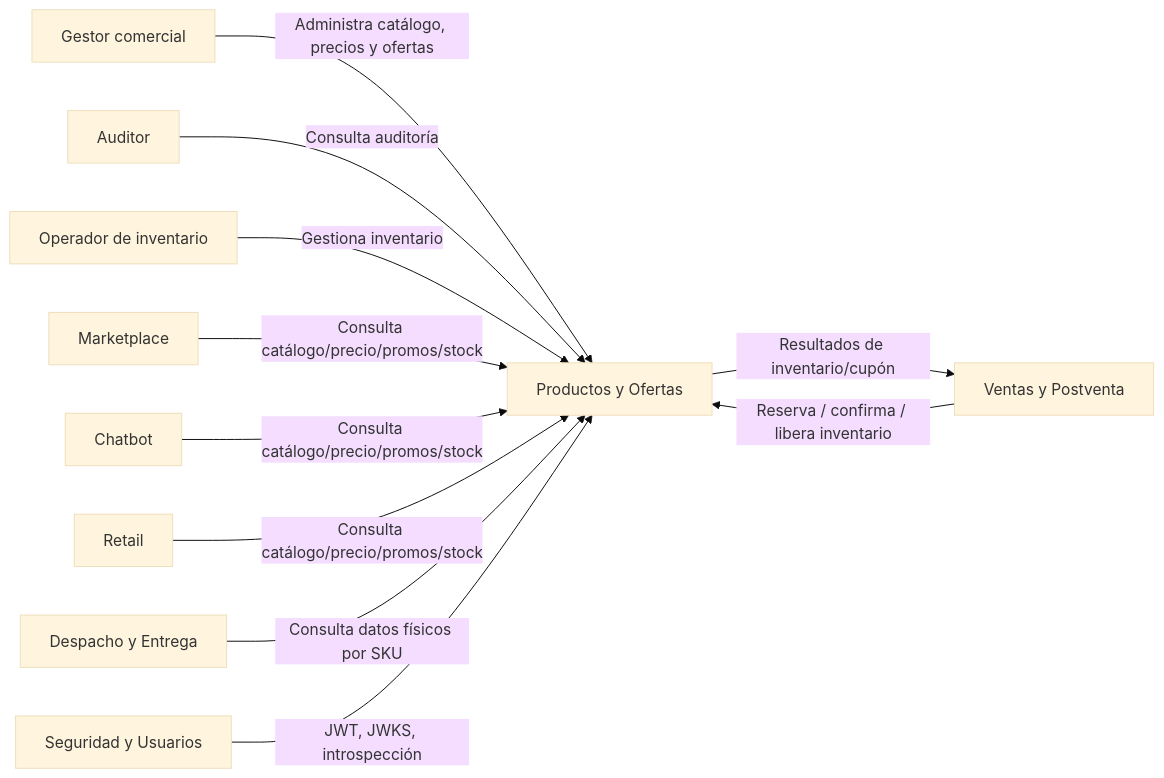
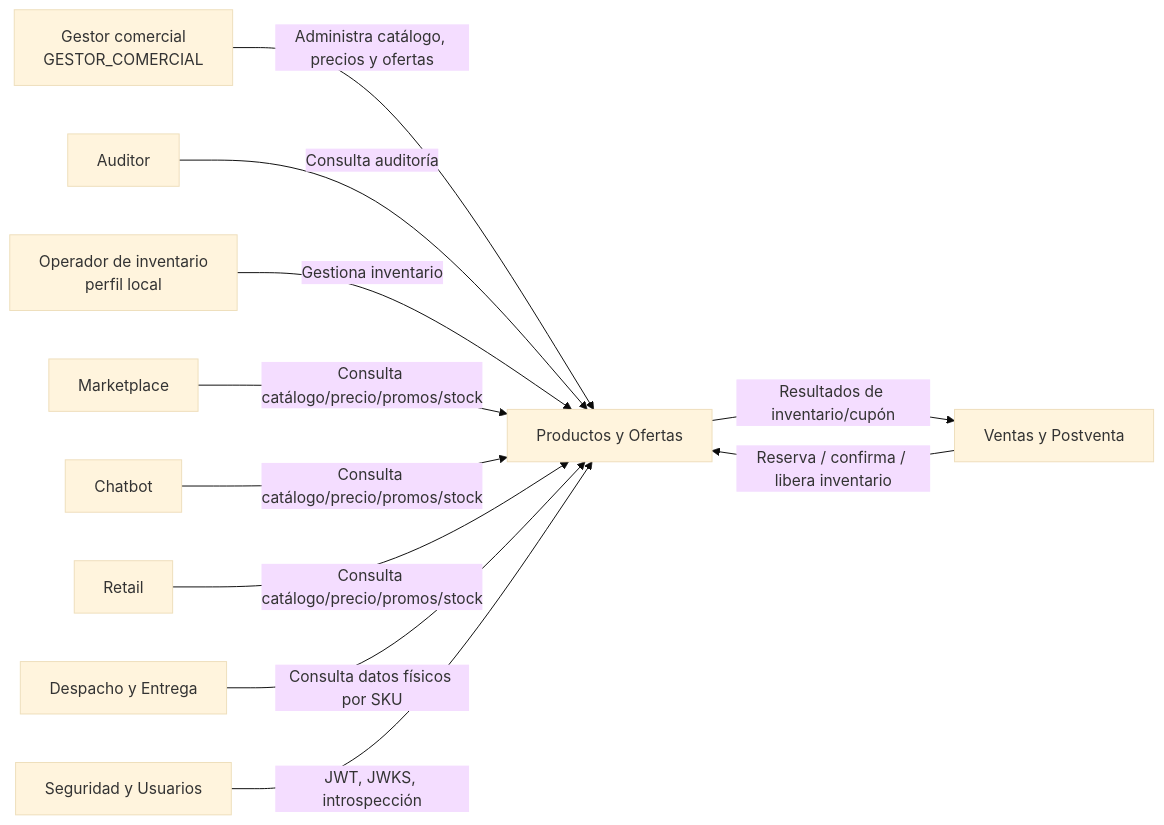
One commit to Taller-SW-Web/G6-Productos-Ofertas-docs changed the first of 10 diagrams in Arquitectura.md. Above: the diagram before and after it, drawn with Mermaid (base theme). The commit also changed other lines of this file and 11 other files, not shown here.

````diff
--- a/Arquitectura.md
+++ b/Arquitectura.md
@@ -1782,30 +2026,30 @@
 ```mermaid
 flowchart LR
-  gestor["Gestor comercial"]
+  gestor["Gestor comercial<br/>GESTOR_COMERCIAL"]
   auditor["Auditor"]
-  operador["Operador de inventario"]
+  operador["Operador de inventario<br/>perfil local"]
 
   market["Marketplace"]
   chatbot["Chatbot"]
   retail["Retail"]
   ventas["Ventas y Postventa"]
   despacho["Despacho y Entrega"]
   seguridad["Seguridad y Usuarios"]
 
   po["Productos y Ofertas"]
 
   gestor -->|"Administra catálogo, precios y ofertas"| po
   auditor -->|"Consulta auditoría"| po
   operador -->|"Gestiona inventario"| po
 
   market -->|"Consulta catálogo/precio/promos/stock"| po
   chatbot -->|"Consulta catálogo/precio/promos/stock"| po
   retail -->|"Consulta catálogo/precio/promos/stock"| po
 
   ventas -->|"Reserva / confirma / libera inventario"| po
   po -->|"Resultados de inventario/cupón"| ventas
 
   despacho -->|"Consulta datos físicos por SKU"| po
 
   seguridad -->|"JWT, JWKS, introspección"| po
 ```
````
